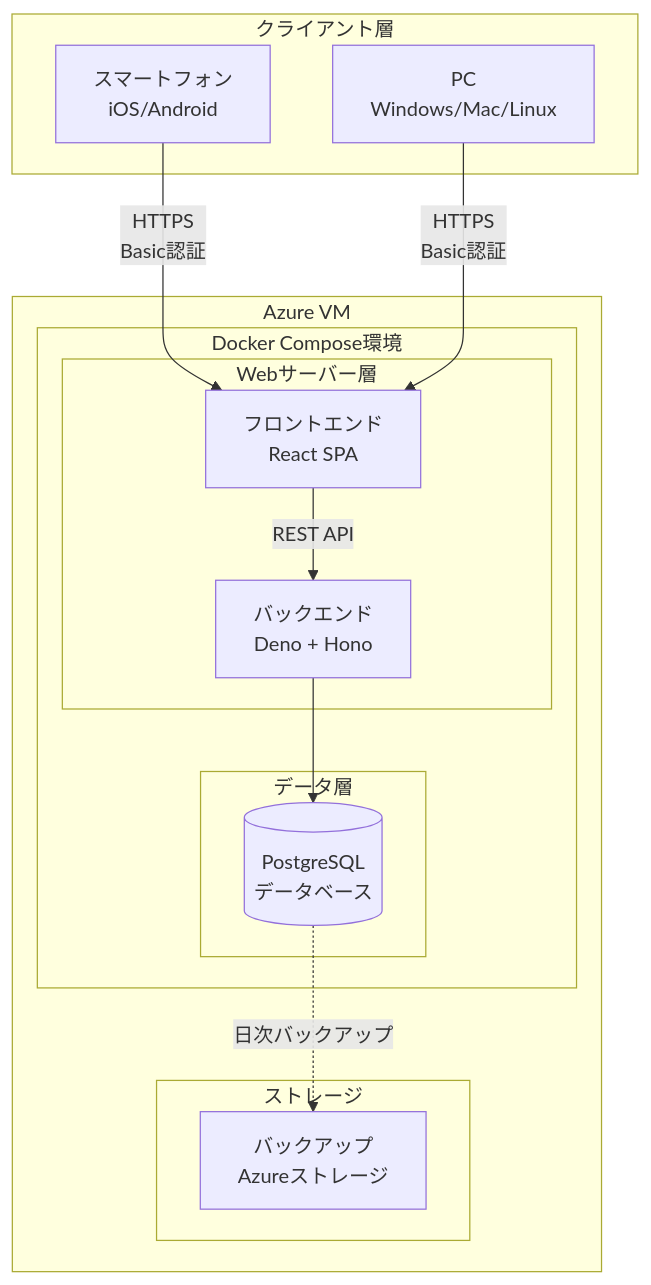
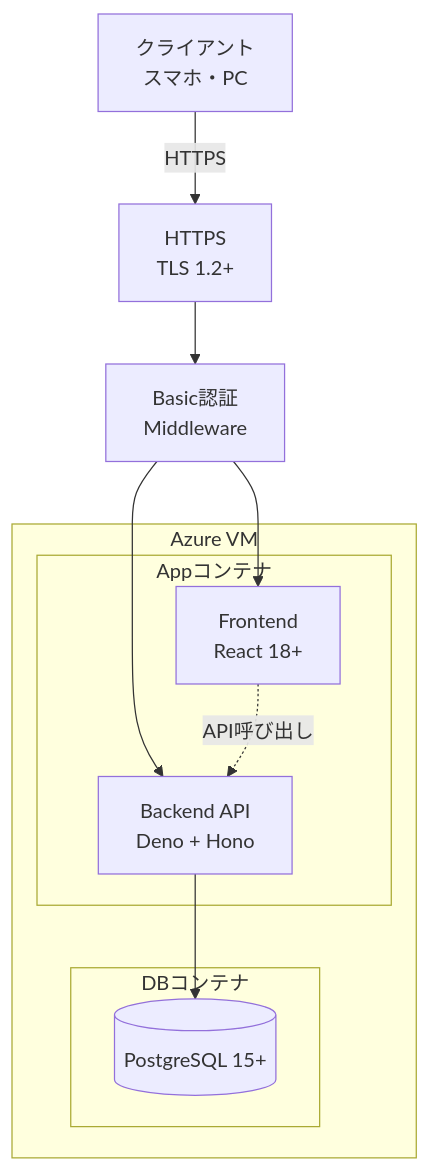
One commit to mkyutani/sphr changed the first of 19 diagrams in .kiro/specs/personal-healthcare-record/design.md. Above: the diagram before and after it, drawn with Mermaid. The commit also changed other lines of this file and 2 other files, not shown here.

````diff
--- a/.kiro/specs/personal-healthcare-record/design.md
+++ b/.kiro/specs/personal-healthcare-record/design.md
@@ -35,32 +34,24 @@
 ```mermaid
 graph TB
-    subgraph "クライアント層"
-        Mobile[スマートフォン<br/>iOS/Android]
-        PC[PC<br/>Windows/Mac/Linux]
+    Client[クライアント<br/>スマホ・PC]
+    LB[HTTPS<br/>TLS 1.2+]
+    Auth[Basic認証<br/>Middleware]
+
+    subgraph "Azure VM"
+        subgraph "Appコンテナ"
+            Frontend[Frontend<br/>React 18+]
+            Backend[Backend API<br/>Deno + Hono]
+        end
+
+        subgraph "DBコンテナ"
+            DB[(PostgreSQL 15+)]
+        end
     end
 
-    subgraph "Azure VM"
-        subgraph "Docker Compose環境"
-            subgraph "Webサーバー層"
-                Frontend[フロントエンド<br/>React SPA]
-                Backend[バックエンド<br/>Deno + Hono]
-            end
-
-            subgraph "データ層"
-                DB[(PostgreSQL<br/>データベース)]
-            end
-
-            Backend --> DB
-        end
-
-        subgraph "ストレージ"
-            Backup[バックアップ<br/>Azureストレージ]
-        end
-
-        DB -.日次バックアップ.-> Backup
-    end
-
-    Mobile -->|HTTPS<br/>Basic認証| Frontend
-    PC -->|HTTPS<br/>Basic認証| Frontend
-    Frontend -->|REST API| Backend
+    Client -->|HTTPS| LB
+    LB --> Auth
+    Auth --> Frontend
+    Auth --> Backend
+    Backend --> DB
+    Frontend -.API呼び出し.-> Backend
 ```
````
